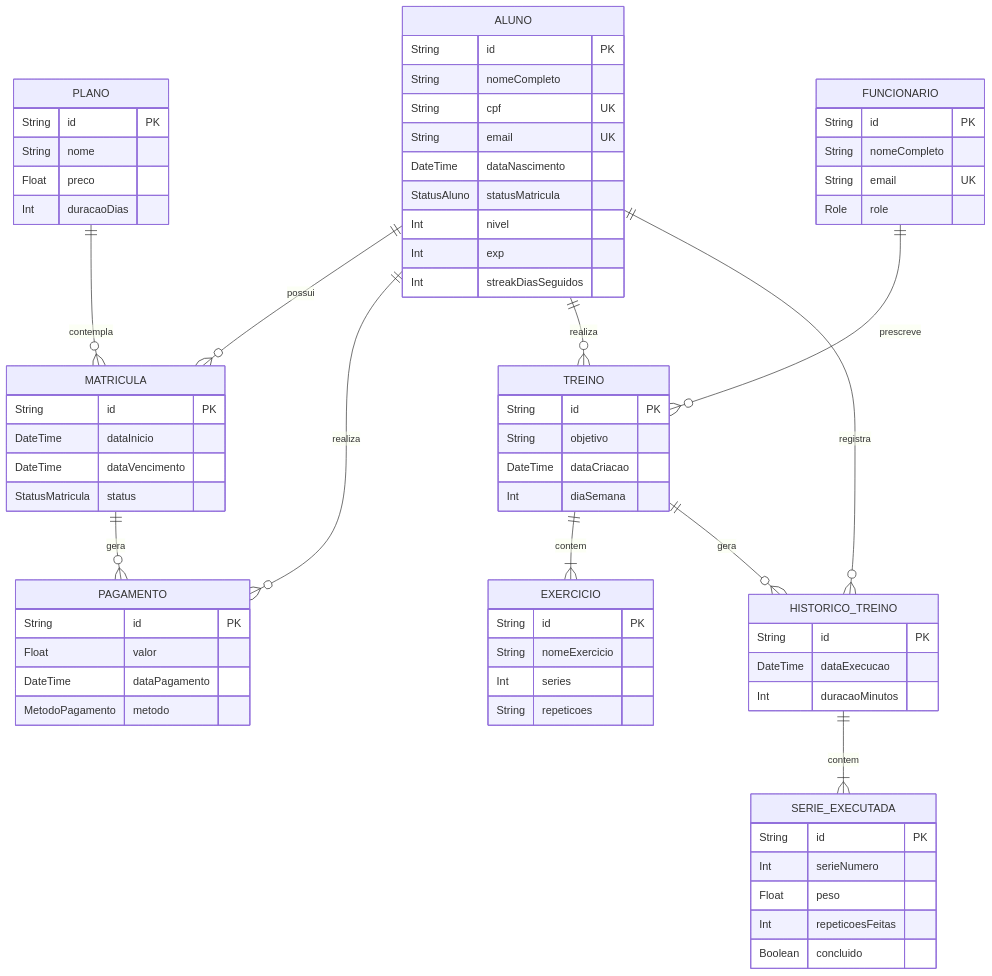
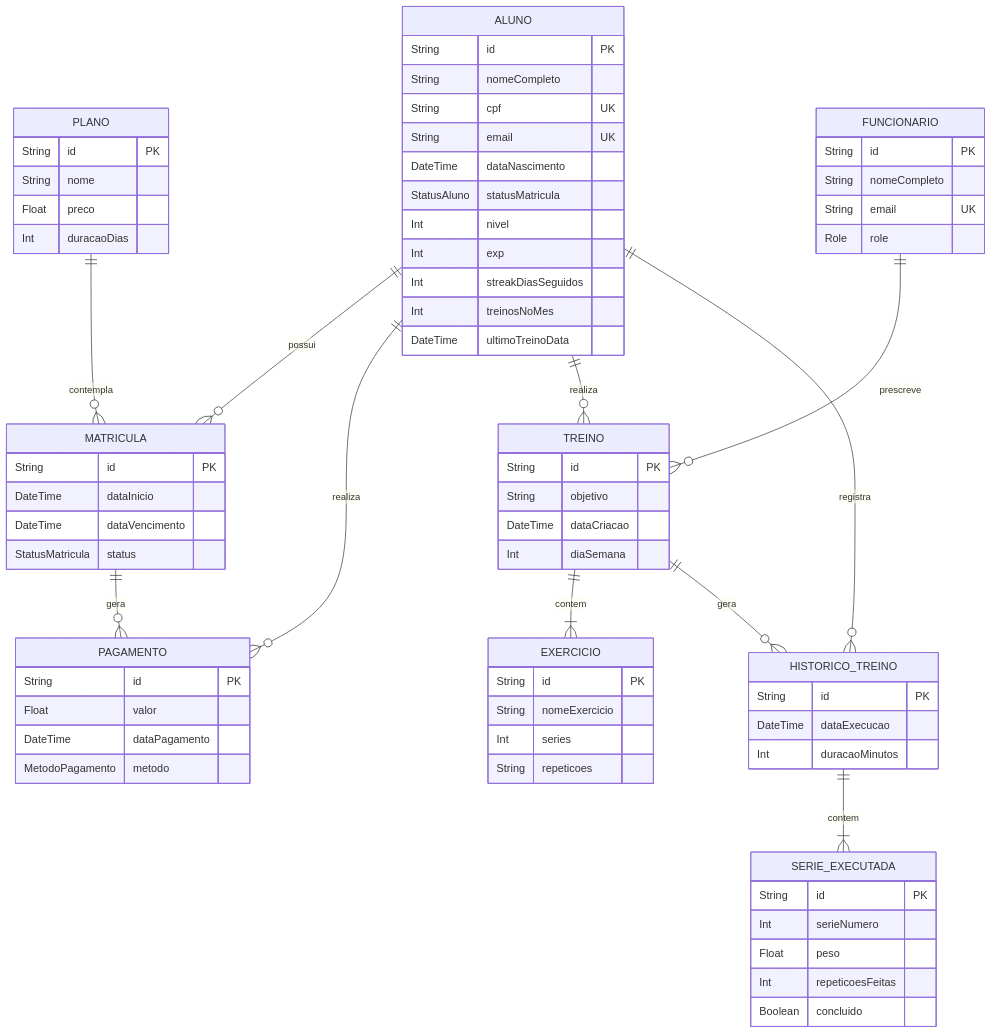
Before and after one commit to tacianosilva/eng-software-2: the diagram in tarefas/20261/EmiyaKiritsugu3/modelos.md, drawn with Mermaid. The commit also changed other lines of this file and 1 other file, not shown here.

```diff
--- a/tarefas/20261/EmiyaKiritsugu3/modelos.md
+++ b/tarefas/20261/EmiyaKiritsugu3/modelos.md
@@ -23,6 +23,8 @@
         Int nivel
         Int exp
         Int streakDiasSeguidos
+        Int treinosNoMes
+        DateTime ultimoTreinoData
     }
 
     PLANO {
```
